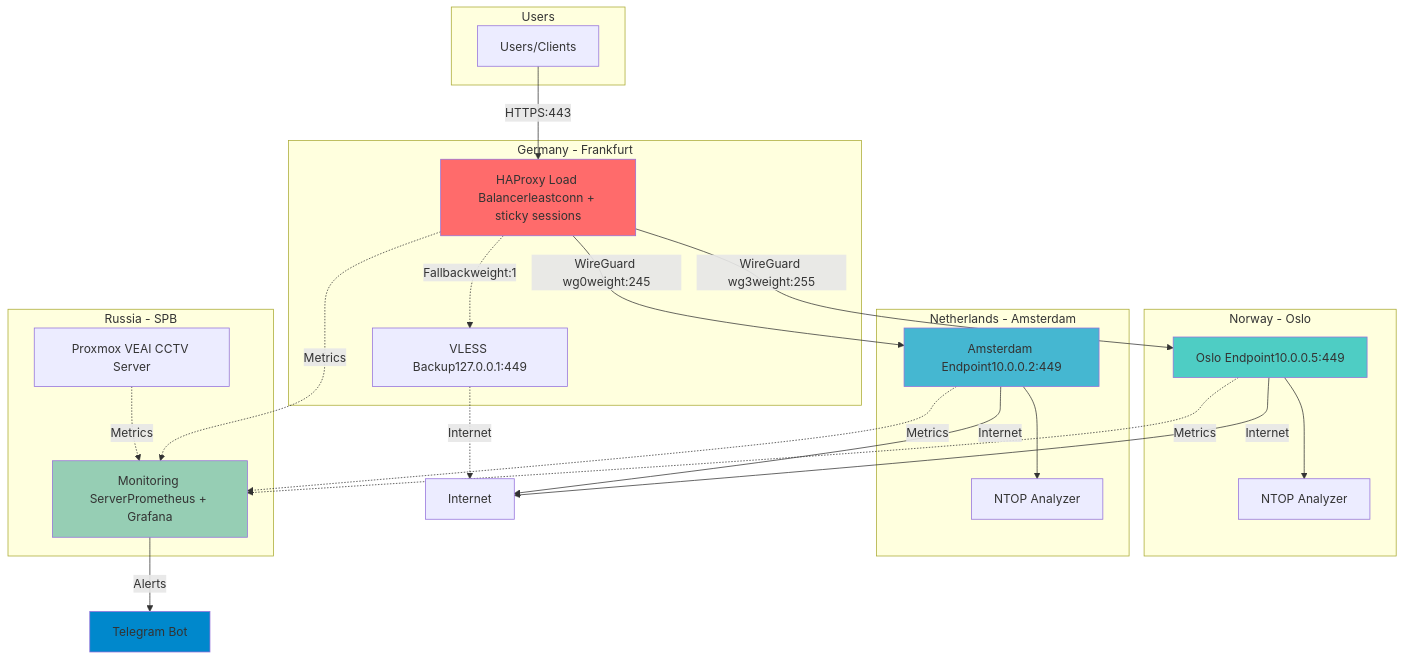
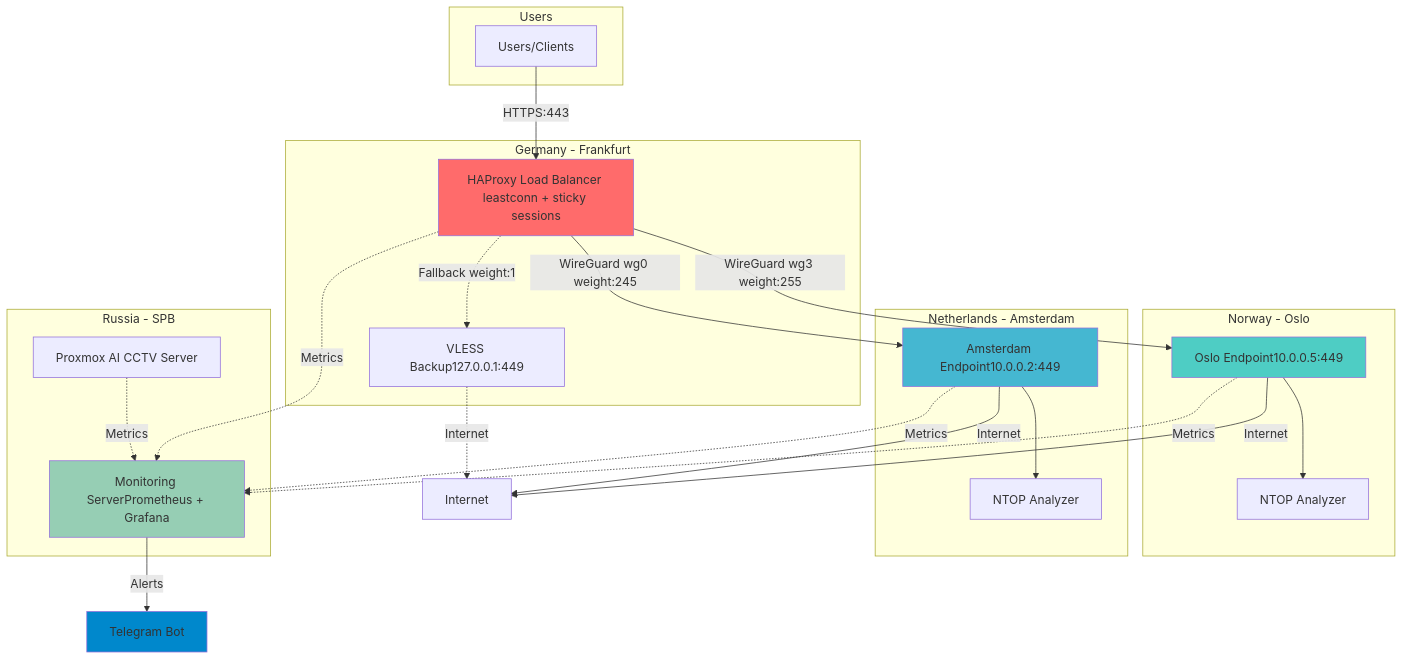
The diagram in README.md (alienuniversed/balanced-xray-infrastructure), drawn with Mermaid before and after one commit.

````diff
--- a/README.md
+++ b/README.md
@@ -87,50 +87,50 @@
 ```mermaid
 graph TB
     subgraph "Users"
         U[Users/Clients]
     end
     
     subgraph "Germany - Frankfurt"
-        LB[HAProxy Load Balancerleastconn + sticky sessions]
+        LB[HAProxy Load Balancer leastconn + sticky sessions]
         VLESS_DE[VLESS Backup127.0.0.1:449]
     end
     
     subgraph "Norway - Oslo"
         OSLO[Oslo Endpoint10.0.0.5:449]
         NTOP_OSLO[NTOP Analyzer]
         OSLO --> NTOP_OSLO
     end
     
     subgraph "Netherlands - Amsterdam"
         AMS[Amsterdam Endpoint10.0.0.2:449]
         NTOP_AMS[NTOP Analyzer]
         AMS --> NTOP_AMS
     end
     
     subgraph "Russia - SPB"
         MON[Monitoring ServerPrometheus + Grafana]
-        PVE[Proxmox VEAI CCTV Server]
+        PVE[Proxmox AI CCTV Server]
     end
     
     U -->|HTTPS:443| LB
-    LB -->|WireGuard wg3weight:255| OSLO
-    LB -->|WireGuard wg0weight:245| AMS
-    LB -.->|Fallbackweight:1| VLESS_DE
+    LB -->|WireGuard wg3 weight:255| OSLO
+    LB -->|WireGuard wg0 weight:245| AMS
+    LB -.->|Fallback weight:1| VLESS_DE
     
     OSLO -->|Internet| NET[Internet]
     AMS -->|Internet| NET
     VLESS_DE -.->|Internet| NET
     
     OSLO -.->|Metrics| MON
     AMS -.->|Metrics| MON
     LB -.->|Metrics| MON
     PVE -.->|Metrics| MON
     
     MON -->|Alerts| TG[Telegram Bot]
     
     style LB fill:#ff6b6b
     style OSLO fill:#4ecdc4
     style AMS fill:#45b7d1
     style MON fill:#96ceb4
     style TG fill:#0088cc
 ```
````
